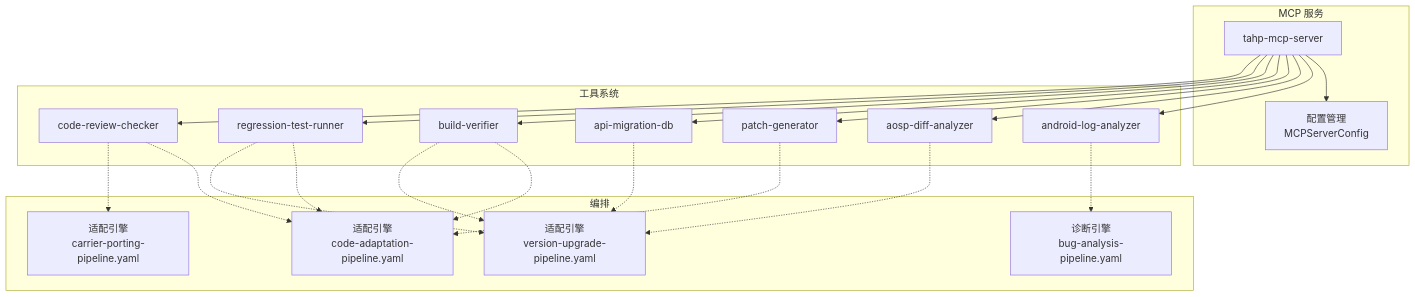
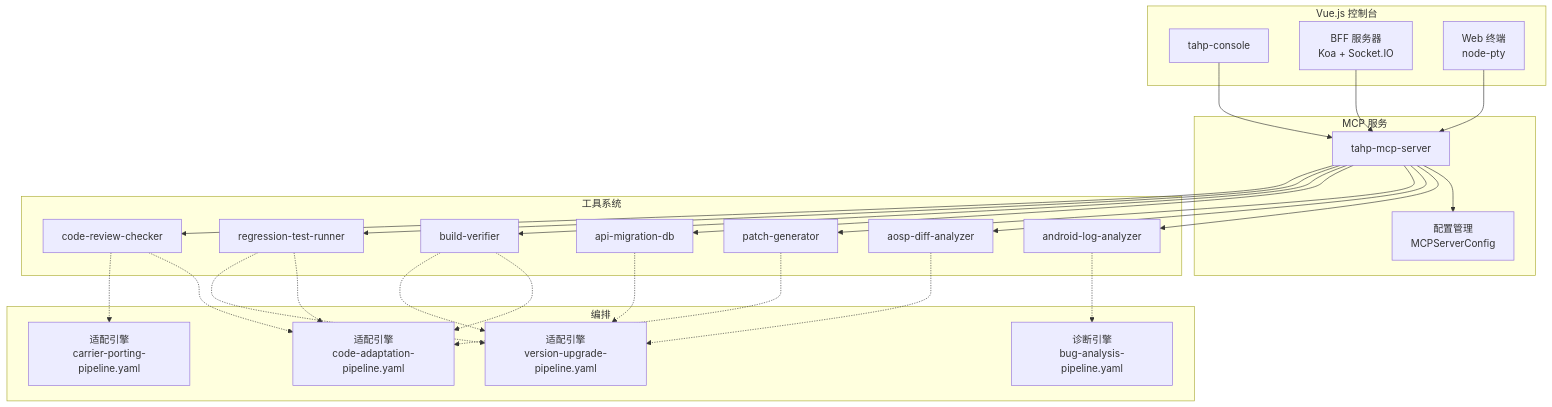
One commit to afcartevil/automated-test-script changed the second of 17 diagrams in .qoder/repowiki/zh/content/部署与运维.md. Above: the diagram before and after it, drawn with Mermaid. The commit also changed other lines of this file and 650 other files, not shown here.

````diff
--- a/.qoder/repowiki/zh/content/部署与运维.md
+++ b/.qoder/repowiki/zh/content/部署与运维.md
@@ -127,40 +146,48 @@
 ```mermaid
 graph TB
 subgraph "MCP 服务"
 M["tahp-mcp-server"]
 CFG["配置管理<br/>MCPServerConfig"]
+end
+subgraph "Vue.js 控制台"
+V["tahp-console"]
+BFF["BFF 服务器<br/>Koa + Socket.IO"]
+TERM["Web 终端<br/>node-pty"]
 end
 subgraph "工具系统"
 A["android-log-analyzer"]
 D["aosp-diff-analyzer"]
 G["patch-generator"]
 R["api-migration-db"]
 B["build-verifier"]
 X["regression-test-runner"]
 C["code-review-checker"]
 end
 subgraph "编排"
 BA["诊断引擎<br/>bug-analysis-pipeline.yaml"]
 CA["适配引擎<br/>code-adaptation-pipeline.yaml"]
 VA["适配引擎<br/>version-upgrade-pipeline.yaml"]
 CP["适配引擎<br/>carrier-porting-pipeline.yaml"]
 end
 M --> CFG
 M --> A
 M --> D
 M --> G
 M --> R
 M --> B
 M --> X
 M --> C
+V --> M
+BFF --> M
+TERM --> M
 A -.-> BA
 D -.-> VA
 G -.-> CA
 R -.-> VA
 B -.-> CA
 X -.-> CA
 C -.-> CA
 B -.-> VA
 X -.-> VA
 C -.-> CP
 ```
````
